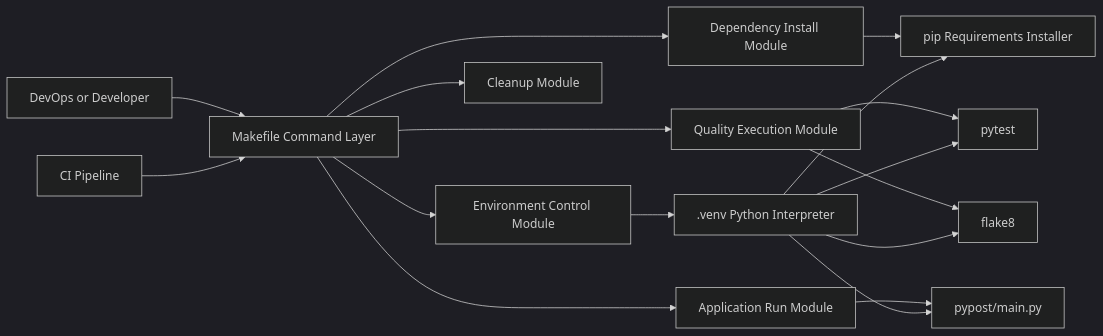
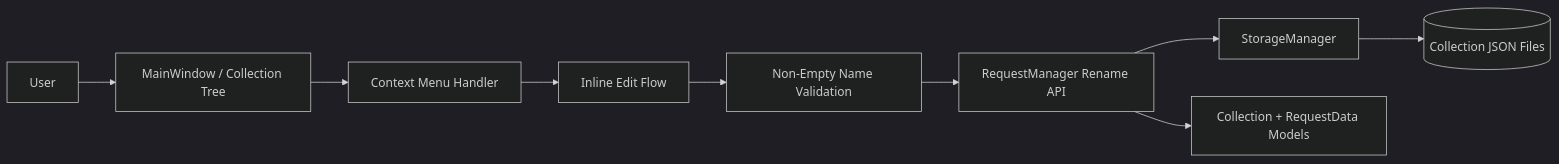
Before and after one commit to koctep/pypost: the diagram in ai-tasks/PYPOST-36/20-architecture.md, drawn with Mermaid (dark theme). The commit also changed other lines of this file and 165 other files, not shown here.

First line of the commit message:
feature(ui): PYPOST-36 add collection tree rename

````diff
--- a/ai-tasks/PYPOST-36/20-architecture.md
+++ b/ai-tasks/PYPOST-36/20-architecture.md
@@ -48,22 +38,11 @@
 ```mermaid
 flowchart LR
-    U[DevOps or Developer] --> M[Makefile Command Layer]
-    C[CI Pipeline] --> M
-
-    M --> EC[Environment Control Module]
-    M --> DI[Dependency Install Module]
-    M --> QE[Quality Execution Module]
-    M --> AR[Application Run Module]
-    M --> CL[Cleanup Module]
-
-    EC --> VENV[.venv Python Interpreter]
-    DI --> PIP[pip Requirements Installer]
-    QE --> PYTEST[pytest]
-    QE --> FLAKE8[flake8]
-    AR --> APP[pypost/main.py]
-
-    VENV --> PIP
-    VENV --> PYTEST
-    VENV --> FLAKE8
-    VENV --> APP
+    User --> UI[MainWindow / Collection Tree]
+    UI --> CM[Context Menu Handler]
+    CM --> EDIT[Inline Edit Flow]
+    EDIT --> VALID[Non-Empty Name Validation]
+    VALID --> APP[RequestManager Rename API]
+    APP --> PERSIST[StorageManager]
+    PERSIST --> FS[(Collection JSON Files)]
+    APP --> MODELS[Collection + RequestData Models]
 ```
````
